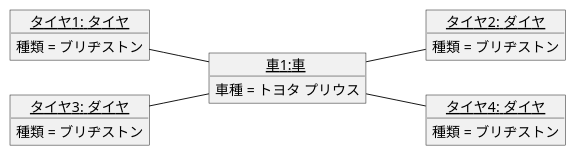
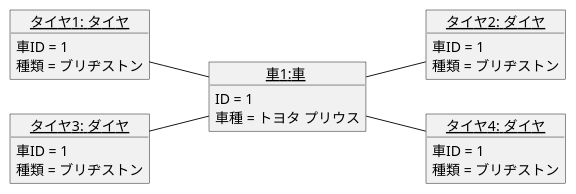
The diagram in 演習3-4_オブジェクト図.pu (yoshiokaharuto/uml-introduction), drawn with PlantUML before and after one commit. The commit also changed 4 other files, not shown here.

```diff
--- a/演習3-4_オブジェクト図.pu
+++ b/演習3-4_オブジェクト図.pu
@@ -1,25 +1,30 @@
 @startuml 演習3-4_オブジェクト図.pu
 
     left to right direction
 
     object "<u>車1:車 </u>" as car {
+        ID = 1
         車種 = トヨタ プリウス
     }
     object "<u>タイヤ1: タイヤ</u>" as tire1{
+        車ID = 1
         種類 = ブリヂストン
     }
     object "<u>タイヤ2: ダイヤ</u>" as tire2{
+        車ID = 1
         種類 = ブリヂストン
     }
     object "<u>タイヤ3: ダイヤ</u>" as tire3{
+        車ID = 1
         種類 = ブリヂストン   
     }
     object "<u>タイヤ4: ダイヤ</u>" as tire4{
+        車ID = 1
         種類 = ブリヂストン
     } 
 
     tire1 -- car
     car -- tire2
     tire3 -- car 
     car -- tire4
 @enduml
```
